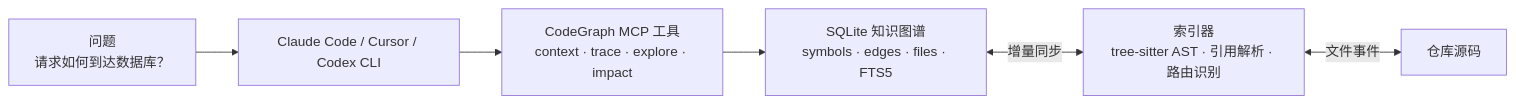
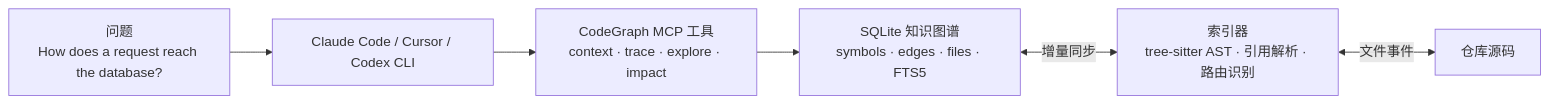
One commit to A1pha3/text-matrix changed the diagram in content/posts/tech/codegraph-semantic-code-knowledge-graph-for-ai-coding-agents.md. Above: the diagram before and after it, drawn with Mermaid. The commit also changed other lines of this file and 2 other files, not shown here.

Commit message:
docs: 更新 CodeGraph 深度解析文档，修正描述与结构，增强可读性

````diff
--- a/content/posts/tech/codegraph-semantic-code-knowledge-graph-for-ai-coding-agents.md
+++ b/content/posts/tech/codegraph-semantic-code-knowledge-graph-for-ai-coding-agents.md
@@ -42,8 +42,8 @@
 ```mermaid
 flowchart LR
-    Q["问题\n请求如何到达数据库？"] --> A["Claude Code / Cursor / Codex CLI"]
+    Q["问题\nHow does a request reach the database?"] --> A["Claude Code / Cursor / Codex CLI"]
     A --> B["CodeGraph MCP 工具\ncontext · trace · explore · impact"]
     B --> C["SQLite 知识图谱\nsymbols · edges · files · FTS5"]
     C <-->|增量同步| D["索引器\ntree-sitter AST · 引用解析 · 路由识别"]
     D <-->|文件事件| E["仓库源码"]
 ```
````
